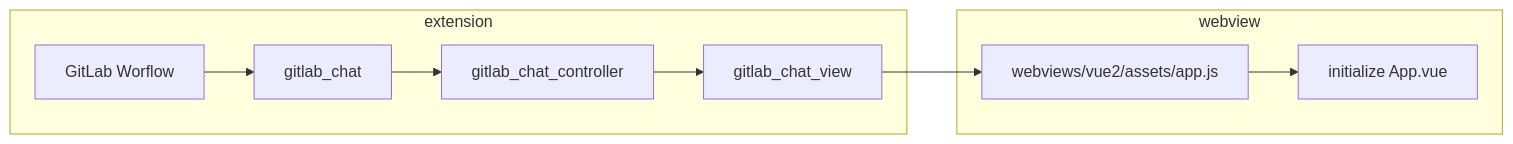
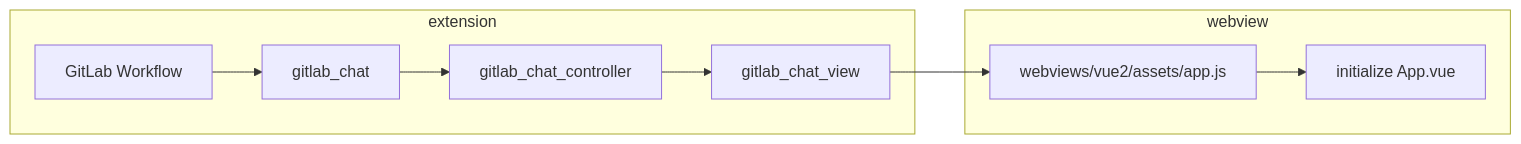
One commit to tranphucbol/review-for-gitlab changed the second of 2 diagrams in docs/developer/architecture.md. Above: the diagram before and after it, drawn with Mermaid.

Commit message:
fixup! fixed typo
as per review

````diff
--- a/docs/developer/architecture.md
+++ b/docs/developer/architecture.md
@@ -150,12 +150,12 @@
 ```mermaid
 graph LR;
 subgraph extension
-A[GitLab Worflow] --> B[gitlab_chat]
+A[GitLab Workflow] --> B[gitlab_chat]
 B --> C[gitlab_chat_controller]
 C --> D[gitlab_chat_view]
 end
 subgraph webview
 D --> E["webviews/vue2/assets/app.js"]
 E --> F[initialize App.vue]
 end
 ```
````
